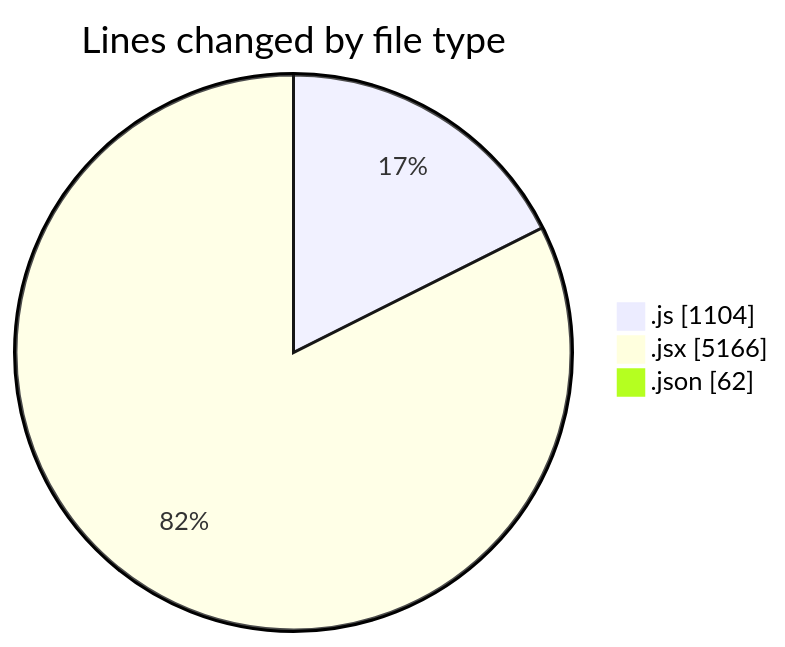
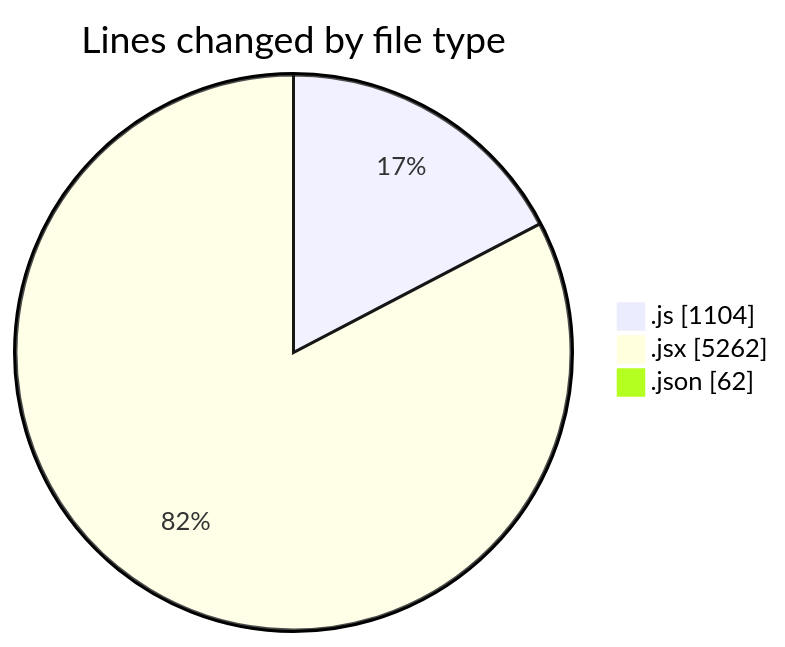
Before and after one commit to nxtqubesakshisongat/code-tracking: the first of 2 diagrams in 2025-08-07/nxtqube_webapp/README.md, drawn with Mermaid. The commit also changed other lines of this file and 1 other file, not shown here.

````diff
--- a/2025-08-07/nxtqube_webapp/README.md
+++ b/2025-08-07/nxtqube_webapp/README.md
@@ -25,7 +25,7 @@
 ```mermaid
 pie showData
 title Lines changed by file type
 ".js" : 1104
-".jsx" : 5166
+".jsx" : 5262
 ".json" : 62
 ```
````
